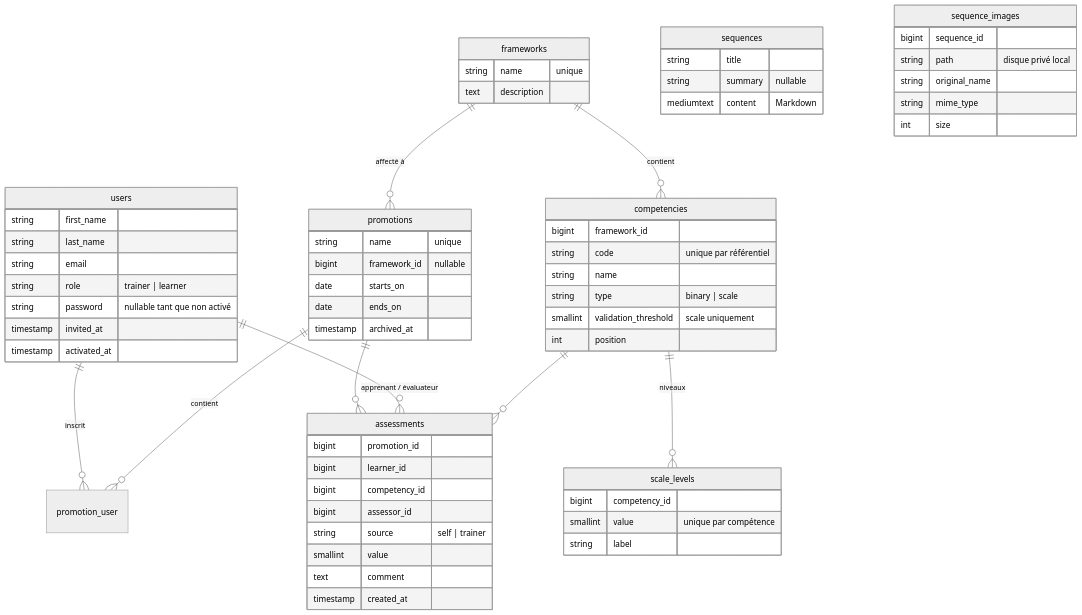
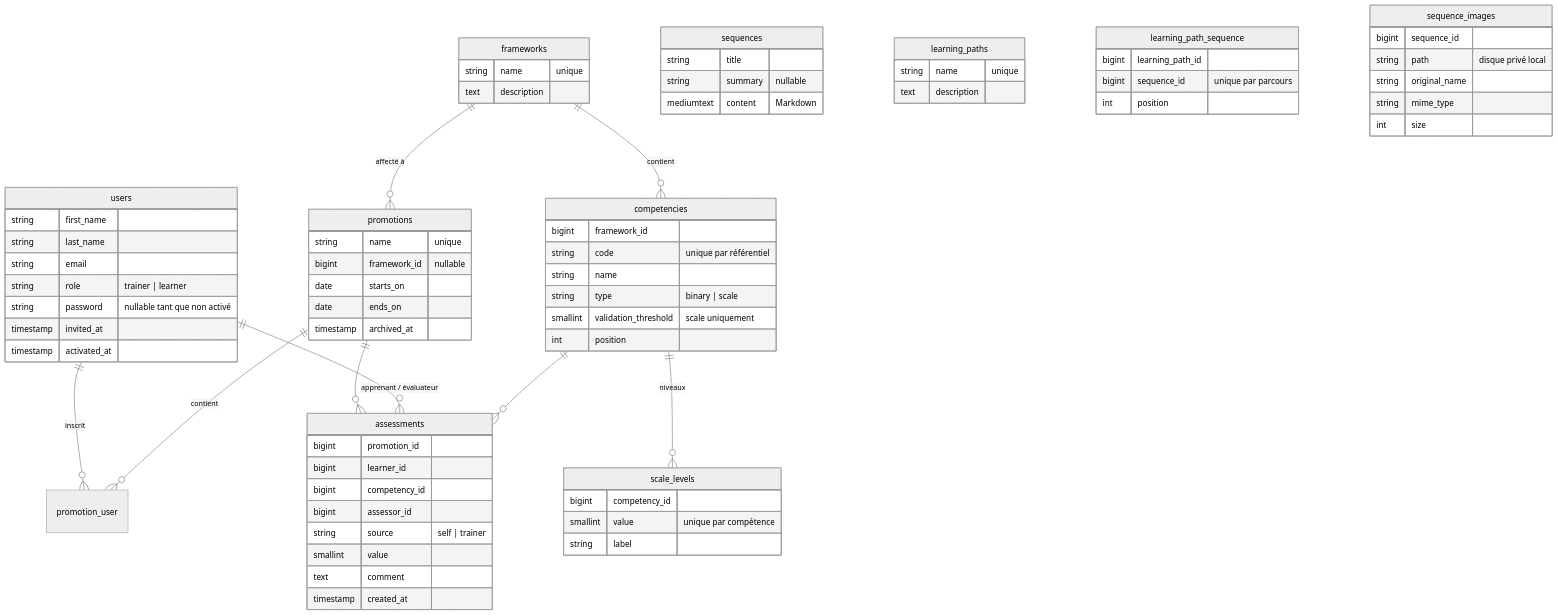
One commit to fievel20/light-lms changed the diagram in docs/architecture.md. Above: the diagram before and after it, drawn with Mermaid (neutral theme). The commit also changed other lines of this file and 23 other files, not shown here.

````diff
--- a/docs/architecture.md
+++ b/docs/architecture.md
@@ -18,67 +18,76 @@
 ```mermaid
 erDiagram
     users ||--o{ promotion_user : "inscrit"
     promotions ||--o{ promotion_user : "contient"
     frameworks ||--o{ promotions : "affecté à"
     frameworks ||--o{ competencies : "contient"
     competencies ||--o{ scale_levels : "niveaux"
     promotions ||--o{ assessments : ""
     users ||--o{ assessments : "apprenant / évaluateur"
     competencies ||--o{ assessments : ""
 
     users {
         string first_name
         string last_name
         string email
         string role "trainer | learner"
         string password "nullable tant que non activé"
         timestamp invited_at
         timestamp activated_at
     }
     promotions {
         string name "unique"
         bigint framework_id "nullable"
         date starts_on
         date ends_on
         timestamp archived_at
     }
     frameworks {
         string name "unique"
         text description
     }
     competencies {
         bigint framework_id
         string code "unique par référentiel"
         string name
         string type "binary | scale"
         smallint validation_threshold "scale uniquement"
         int position
     }
     scale_levels {
         bigint competency_id
         smallint value "unique par compétence"
         string label
     }
     assessments {
         bigint promotion_id
         bigint learner_id
         bigint competency_id
         bigint assessor_id
         string source "self | trainer"
         smallint value
         text comment
         timestamp created_at
     }
     sequences {
         string title
         string summary "nullable"
         mediumtext content "Markdown"
     }
+    learning_paths {
+        string name "unique"
+        text description
+    }
+    learning_path_sequence {
+        bigint learning_path_id
+        bigint sequence_id "unique par parcours"
+        int position
+    }
     sequence_images {
         bigint sequence_id
         string path "disque privé local"
         string original_name
         string mime_type
         int size
     }
 ```
````
